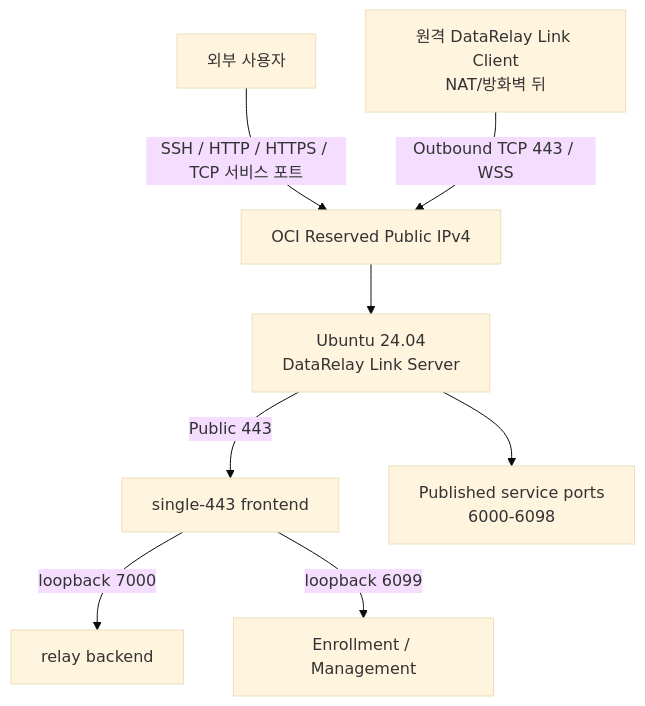
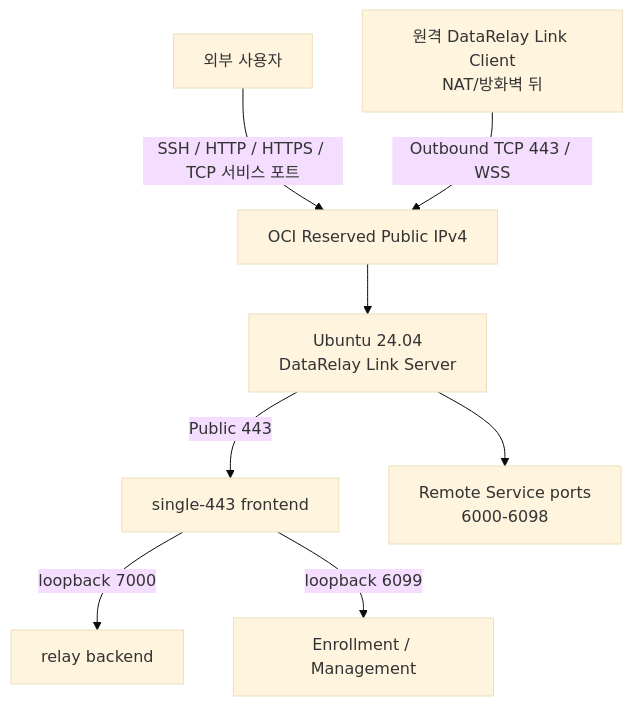
One commit to datarelay-labs/datarelay-link-docs changed the diagram in ko/getting-started/oci-free-tier-server.mdx. Above: the diagram before and after it, drawn with Mermaid (base theme). The commit also changed other lines of this file and 72 other files, not shown here.

````diff
--- a/ko/getting-started/oci-free-tier-server.mdx
+++ b/ko/getting-started/oci-free-tier-server.mdx
@@ -27,10 +27,10 @@
 ```mermaid
 flowchart TD
     U[외부 사용자] -->|SSH / HTTP / HTTPS / TCP 서비스 포트| PUB[OCI Reserved Public IPv4]
     C[원격 DataRelay Link Client\nNAT/방화벽 뒤] -->|Outbound TCP 443 / WSS| PUB
     PUB --> VM[Ubuntu 24.04\nDataRelay Link Server]
     VM -->|Public 443| FE[single-443 frontend]
     FE -->|loopback 7000| S[relay backend]
     FE -->|loopback 6099| ENR[Enrollment / Management]
-    VM --> PORTS[Published service ports\n6000-6098]
+    VM --> PORTS[Remote Service ports\n6000-6098]
 ```
````
